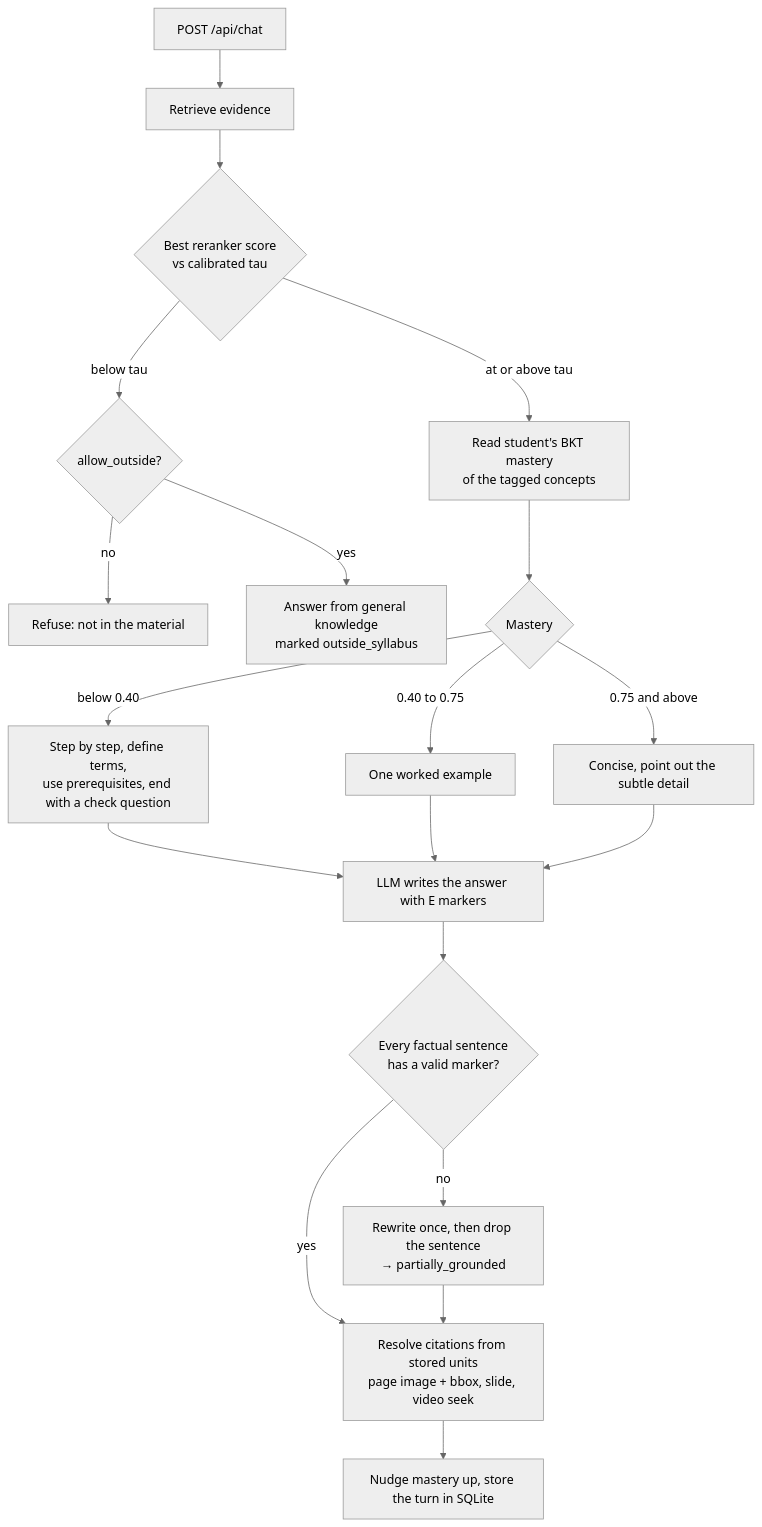
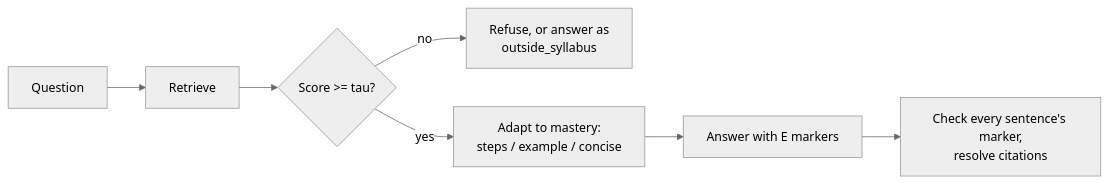
One commit to Aryan1092raj/Loopers changed the fourth of 5 diagrams in README.md. Above: the diagram before and after it, drawn with Mermaid (neutral theme). The commit also changed other lines of this file, not shown here.

````diff
--- a/README.md
+++ b/README.md
@@ -216,21 +96,9 @@
 ```mermaid
-flowchart TD
-    A[POST /api/chat] --> R[Retrieve evidence]
-    R --> G{Best reranker score<br/>vs calibrated tau}
-    G -->|below tau| RF{allow_outside?}
-    RF -->|no| X[Refuse: not in the material]
-    RF -->|yes| O[Answer from general knowledge<br/>marked outside_syllabus]
-    G -->|at or above tau| M[Read student's BKT mastery<br/>of the tagged concepts]
-    M --> D{Mastery}
-    D -->|below 0.40| D1[Step by step, define terms,<br/>use prerequisites, end with a check question]
-    D -->|0.40 to 0.75| D2[One worked example]
-    D -->|0.75 and above| D3[Concise, point out the subtle detail]
-    D1 --> W[LLM writes the answer with E markers]
-    D2 --> W
-    D3 --> W
-    W --> C{Every factual sentence<br/>has a valid marker?}
-    C -->|no| RW[Rewrite once, then drop the sentence<br/>→ partially_grounded]
-    C -->|yes| CI[Resolve citations from stored units<br/>page image + bbox, slide, video seek]
-    RW --> CI
-    CI --> U[Nudge mastery up, store the turn in SQLite]
+flowchart LR
+    Q[Question] --> R[Retrieve]
+    R --> G{Score >= tau?}
+    G -->|no| X[Refuse, or answer as<br/>outside_syllabus]
+    G -->|yes| M[Adapt to mastery:<br/>steps / example / concise]
+    M --> W[Answer with E markers]
+    W --> C[Check every sentence's marker,<br/>resolve citations]
 ```
````
